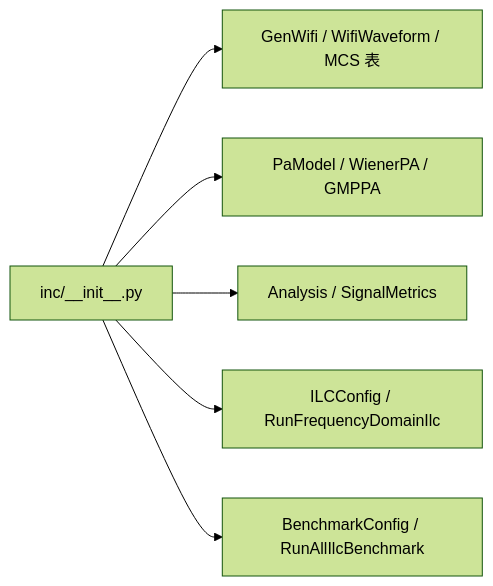
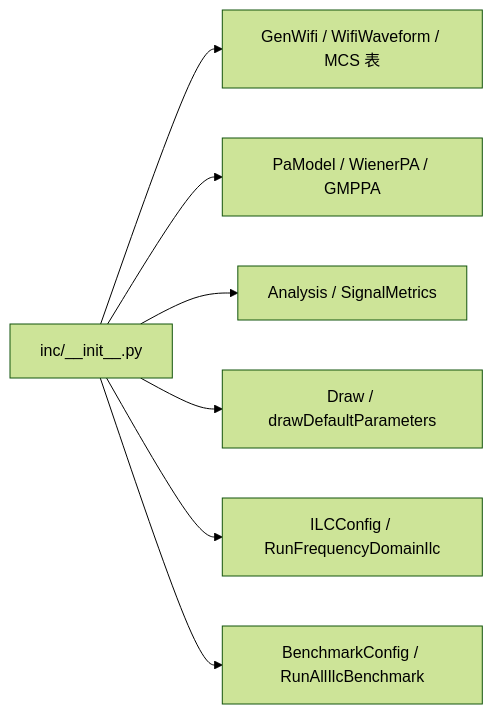
Before and after one commit to niyilu45/DPD_ILC: the tenth of 10 diagrams in README.md, drawn with Mermaid (forest theme). The commit also changed other lines of this file and 13 other files, not shown here.

````diff
--- a/README.md
+++ b/README.md
@@ -341,8 +370,9 @@
 ```mermaid
 flowchart LR
     init["inc/__init__.py"] --> waveApi["GenWifi / WifiWaveform / MCS 表"]
     init --> paApi["PaModel / WienerPA / GMPPA"]
     init --> analysisApi["Analysis / SignalMetrics"]
+    init --> drawApi["Draw / drawDefaultParameters"]
     init --> ilcApi["ILCConfig / RunFrequencyDomainIlc"]
     init --> benchmarkApi["BenchmarkConfig / RunAllIlcBenchmark"]
 ```
````
